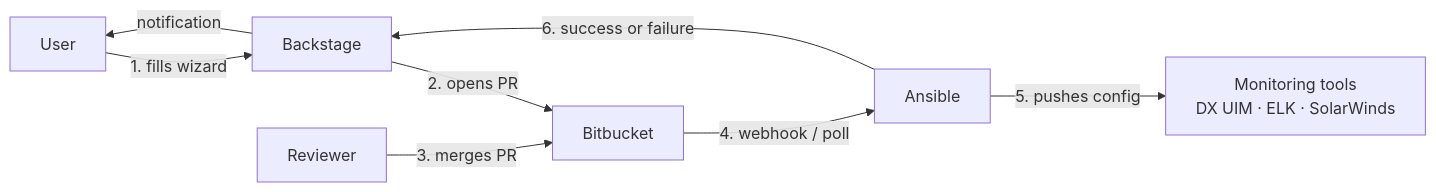
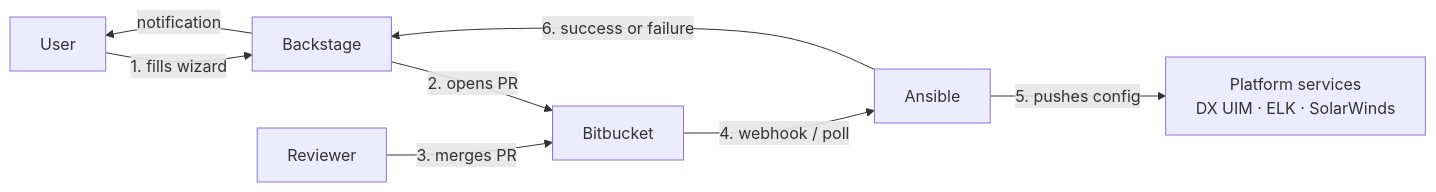
One commit to koolencoy/octopod changed the first of 4 diagrams in docs/architecture/architecture.md. Above: the diagram before and after it, drawn with Mermaid. The commit also changed other lines of this file and 2 other files, not shown here.

Commit message:
docs: add domain-model transform design document and update architecture overview

````diff
--- a/docs/architecture/architecture.md
+++ b/docs/architecture/architecture.md
@@ -34,10 +46,10 @@
 ```mermaid
 flowchart LR
     U[User] -->|1. fills wizard| BS[Backstage]
     BS -->|2. opens PR| BB[Bitbucket]
     R[Reviewer] -->|3. merges PR| BB
     BB -->|4. webhook / poll| AN[Ansible]
-    AN -->|5. pushes config| T["Monitoring tools<br/>DX UIM · ELK · SolarWinds"]
+    AN -->|5. pushes config| T["Platform services<br/>DX UIM · ELK · SolarWinds"]
     AN -->|6. success or failure| BS
     BS -->|notification| U
 ```
````
